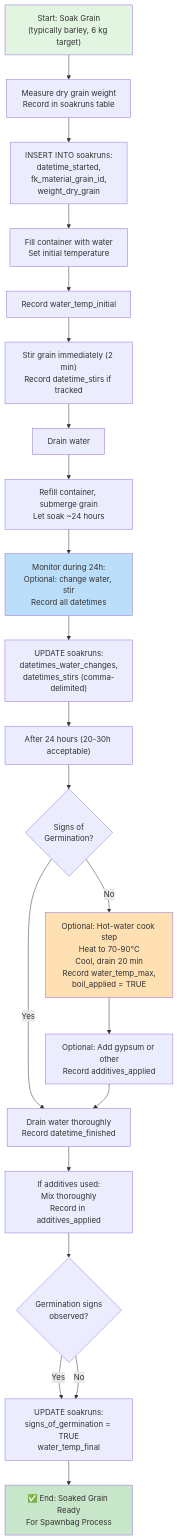
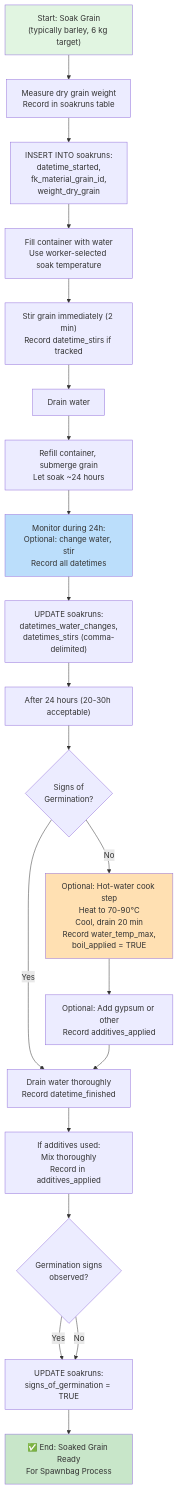
Before and after one commit to Hiroyugane/Pico-Greenhouse: the fifth of 11 diagrams in docs/processes/mushroom-cultivation-process-flows.md, drawn with Mermaid. The commit also changed other lines of this file and 2 other files, not shown here.

````diff
--- a/docs/processes/mushroom-cultivation-process-flows.md
+++ b/docs/processes/mushroom-cultivation-process-flows.md
@@ -152,44 +185,42 @@
 ```mermaid
 graph TD
     Start["Start: Soak Grain<br/>(typically barley, 6 kg target)"] --> Measure["Measure dry grain weight<br/>Record in soakruns table"]
 
     Measure --> Insert1["INSERT INTO soakruns:<br/>datetime_started,<br/>fk_material_grain_id,<br/>weight_dry_grain"]
 
-    Insert1 --> Fill["Fill container with water<br/>Set initial temperature"]
+    Insert1 --> Fill["Fill container with water<br/>Use worker-selected soak temperature"]
 
-    Fill --> Record1["Record water_temp_initial"]
-
-    Record1 --> Stir1["Stir grain immediately (2 min)<br/>Record datetime_stirs if tracked"]
+    Fill --> Stir1["Stir grain immediately (2 min)<br/>Record datetime_stirs if tracked"]
 
     Stir1 --> Drain1["Drain water"]
 
     Drain1 --> Refill["Refill container, submerge grain<br/>Let soak ~24 hours"]
 
     Refill --> Monitor["Monitor during 24h:<br/>Optional: change water, stir<br/>Record all datetimes"]
 
     Monitor --> Update1["UPDATE soakruns:<br/>datetimes_water_changes,<br/>datetimes_stirs (comma-delimited)"]
 
     Update1 --> After24h["After 24 hours (20-30h acceptable)"]
 
     After24h --> Check1{Signs of<br/>Germination?}
 
     Check1 -->|Yes| Drain2["Drain water thoroughly<br/>Record datetime_finished"]
     Check1 -->|No| Boil["Optional: Hot-water cook step<br/>Heat to 70-90°C<br/>Cool, drain 20 min<br/>Record water_temp_max,<br/>boil_applied = TRUE"]
 
     Boil --> AddOpt["Optional: Add gypsum or other<br/>Record additives_applied"]
 
     AddOpt --> Drain2
     Drain2 --> MixOpt["If additives used:<br/>Mix thoroughly<br/>Record in additives_applied"]
 
     MixOpt --> FinalCheck{Germination signs<br/>observed?}
 
-    FinalCheck -->|Yes| UpdateFinal["UPDATE soakruns:<br/>signs_of_germination = TRUE<br/>water_temp_final"]
+    FinalCheck -->|Yes| UpdateFinal["UPDATE soakruns:<br/>signs_of_germination = TRUE"]
     FinalCheck -->|No| UpdateFinal
 
     UpdateFinal --> End["✅ End: Soaked Grain Ready<br/>For Spawnbag Process"]
 
     style Start fill:#e1f5e1
     style End fill:#c8e6c9
     style Boil fill:#ffe0b2
     style Monitor fill:#bbdefb
 ```
````
